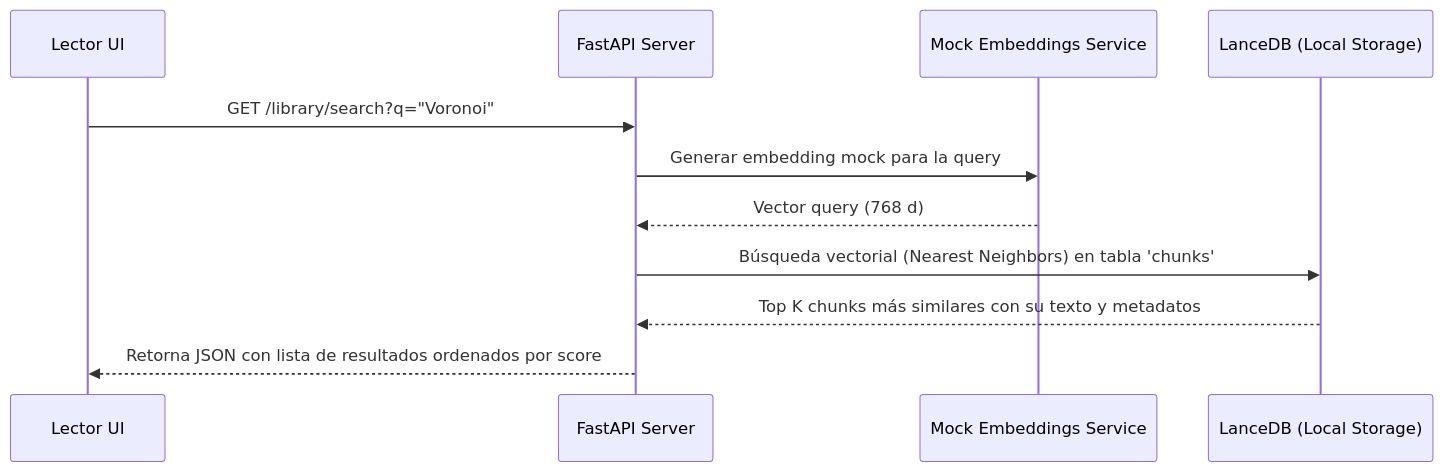
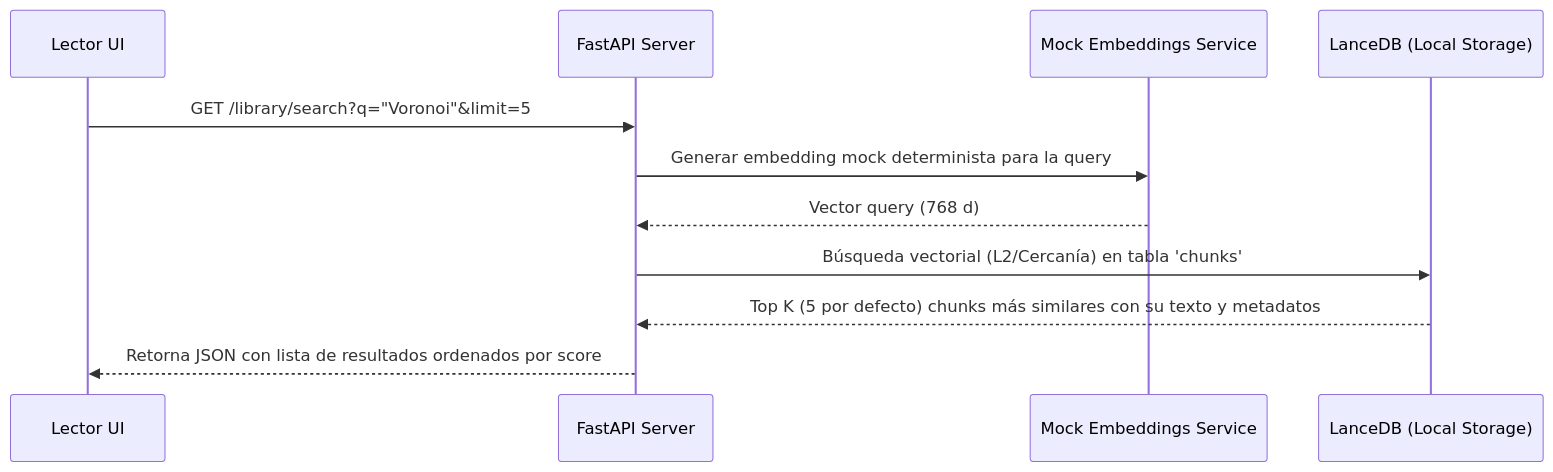
One commit to marcorepetto/leyemdo changed the second of 2 diagrams in specs/database-vectorial/spec.md. Above: the diagram before and after it, drawn with Mermaid. The commit also changed other lines of this file and 1 other file, not shown here.

````diff
--- a/specs/database-vectorial/spec.md
+++ b/specs/database-vectorial/spec.md
@@ -52,14 +75,14 @@
 ```mermaid
 sequenceDiagram
     participant UI as Lector UI
     participant API as FastAPI Server
     participant Embed as Mock Embeddings Service
     participant DB as LanceDB (Local Storage)
 
-    UI->>API: GET /library/search?q="Voronoi"
-    API->>Embed: Generar embedding mock para la query
+    UI->>API: GET /library/search?q="Voronoi"&limit=5
+    API->>Embed: Generar embedding mock determinista para la query
     Embed-->>API: Vector query (768 d)
-    API->>DB: Búsqueda vectorial (Nearest Neighbors) en tabla 'chunks'
-    DB-->>API: Top K chunks más similares con su texto y metadatos
+    API->>DB: Búsqueda vectorial (L2/Cercanía) en tabla 'chunks'
+    DB-->>API: Top K (5 por defecto) chunks más similares con su texto y metadatos
     API-->>UI: Retorna JSON con lista de resultados ordenados por score
 ```
````
